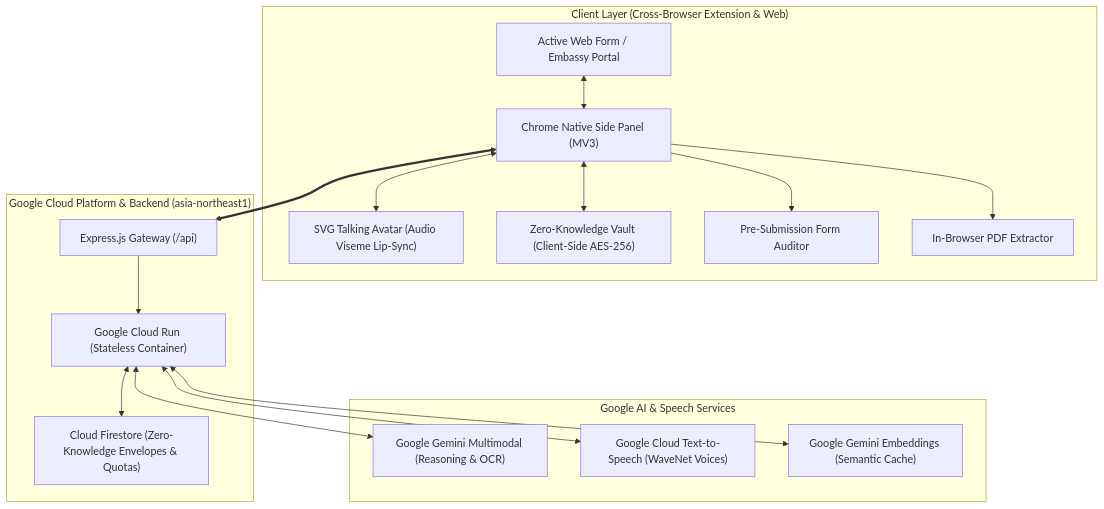
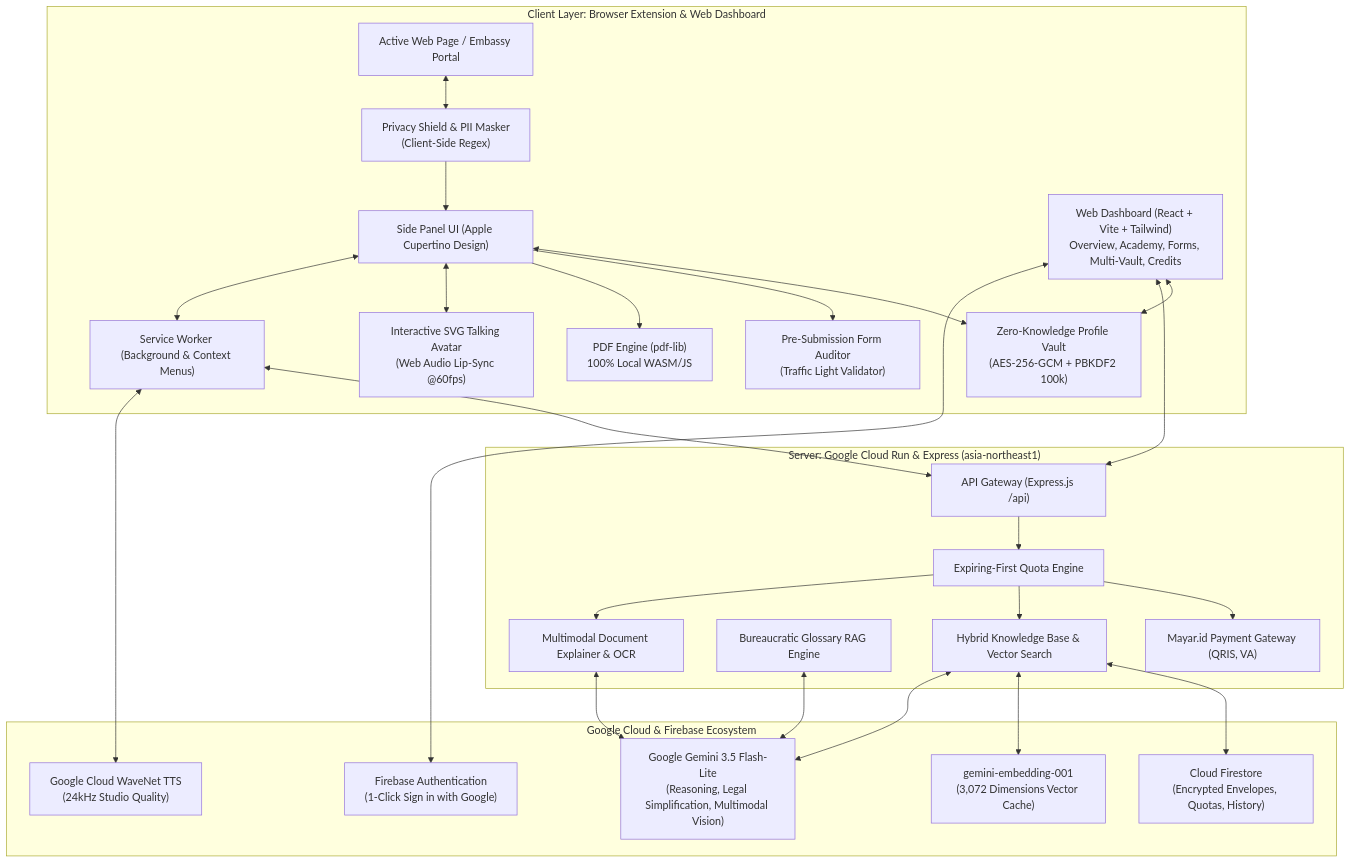
The diagram in README.md (arfabi/telmy.ai), drawn with Mermaid before and after one commit. The commit also changed other lines of this file, not shown here.

Commit message:
docs: update README with expanded technology stack, architecture diagrams, and problem statement

````diff
--- a/README.md
+++ b/README.md
@@ -41,35 +51,53 @@
 ```mermaid
 graph TD
-    subgraph Client ["Client Layer (Cross-Browser Extension & Web)"]
-        FormTab["Active Web Form / Embassy Portal"]
-        SP["Chrome Native Side Panel (MV3)"]
-        Avatar["SVG Talking Avatar (Audio Viseme Lip-Sync)"]
-        Vault["Zero-Knowledge Vault (Client-Side AES-256)"]
-        Auditor["Pre-Submission Form Auditor"]
-        PDFViewer["In-Browser PDF Extractor"]
+    subgraph Browser ["Client Layer: Browser Extension & Web Dashboard"]
+        Tab["Active Web Page / Embassy Portal"]
+        SW["Service Worker (Background & Context Menus)"]
+        SP["Side Panel UI (Apple Cupertino Design)"]
+        Avatar["Interactive SVG Talking Avatar\n(Web Audio Lip-Sync @60fps)"]
+        VaultClient["Zero-Knowledge Profile Vault\n(AES-256-GCM + PBKDF2 100k)"]
+        Shield["Privacy Shield & PII Masker\n(Client-Side Regex)"]
+        Auditor["Pre-Submission Form Auditor\n(Traffic Light Validator)"]
+        PDFClient["PDF Engine (pdf-lib)\n100% Local WASM/JS"]
+        WebDash["Web Dashboard (React + Vite + Tailwind)\nOverview, Academy, Forms, Multi-Vault, Credits"]
     end
 
-    subgraph GCP ["Google Cloud Platform & Backend (asia-northeast1)"]
-        CloudRun["Google Cloud Run (Stateless Container)"]
-        API["Express.js Gateway (/api)"]
-        Firestore["Cloud Firestore (Zero-Knowledge Envelopes & Quotas)"]
+    subgraph Backend ["Server: Google Cloud Run & Express (asia-northeast1)"]
+        API["API Gateway (Express.js /api)"]
+        QuotaMid["Expiring-First Quota Engine"]
+        DictSvc["Hybrid Knowledge Base & Vector Search"]
+        BuroSvc["Bureaucratic Glossary RAG Engine"]
+        PDFSvc["Multimodal Document Explainer & OCR"]
+        PaySvc["Mayar.id Payment Gateway (QRIS, VA)"]
     end
 
-    subgraph GoogleAI ["Google AI & Speech Services"]
-        Gemini["Google Gemini Multimodal (Reasoning & OCR)"]
-        WaveNet["Google Cloud Text-to-Speech (WaveNet Voices)"]
-        Embedding["Google Gemini Embeddings (Semantic Cache)"]
+    subgraph GoogleAI ["Google Cloud & Firebase Ecosystem"]
+        GeminiFlash["Google Gemini 3.5 Flash-Lite\n(Reasoning, Legal Simplification, Multimodal Vision)"]
+        GeminiEmbed["gemini-embedding-001\n(3,072 Dimensions Vector Cache)"]
+        GoogleTTS["Google Cloud WaveNet TTS\n(24kHz Studio Quality)"]
+        Firestore["Cloud Firestore\n(Encrypted Envelopes, Quotas, History)"]
+        FireAuth["Firebase Authentication\n(1-Click Sign in with Google)"]
     end
 
-    FormTab <--> SP
-    SP <--> Vault
+    Tab <--> Shield
+    Shield --> SP
+    SP <--> VaultClient
     SP --> Auditor
-    SP --> PDFViewer
+    SP --> PDFClient
     SP <--> Avatar
-    SP <==> API
-    API --> CloudRun
-    CloudRun <--> Gemini
-    CloudRun <--> WaveNet
-    CloudRun <--> Embedding
-    CloudRun <--> Firestore
+    SP <--> SW
+    SW <--> API
+    WebDash <--> VaultClient
+    WebDash <--> API
+    WebDash <--> FireAuth
+    API --> QuotaMid
+    QuotaMid --> PaySvc
+    QuotaMid --> DictSvc
+    QuotaMid --> PDFSvc
+    DictSvc <--> Firestore
+    DictSvc <--> GeminiEmbed
+    DictSvc <--> GeminiFlash
+    BuroSvc <--> GeminiFlash
+    PDFSvc <--> GeminiFlash
+    SW <--> GoogleTTS
 ```
````
